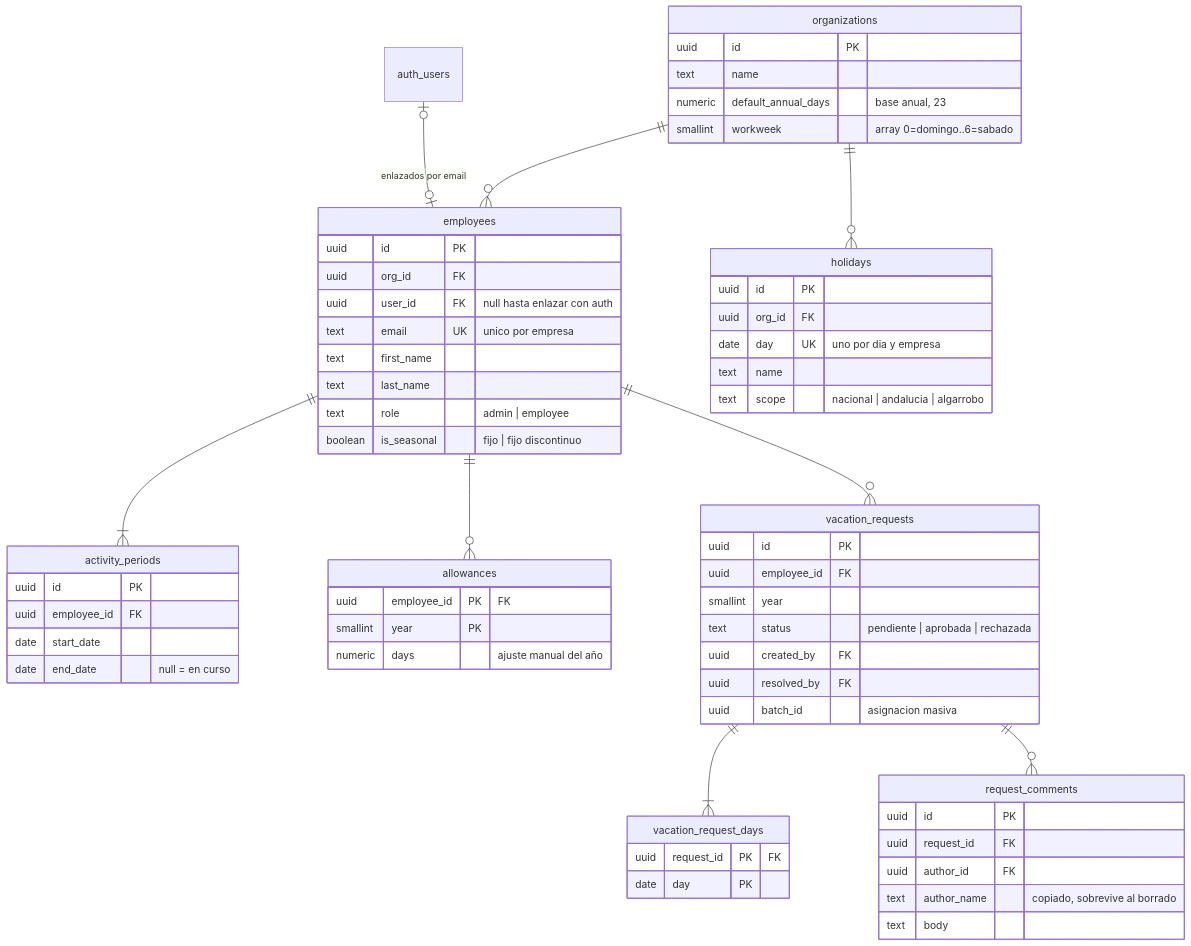
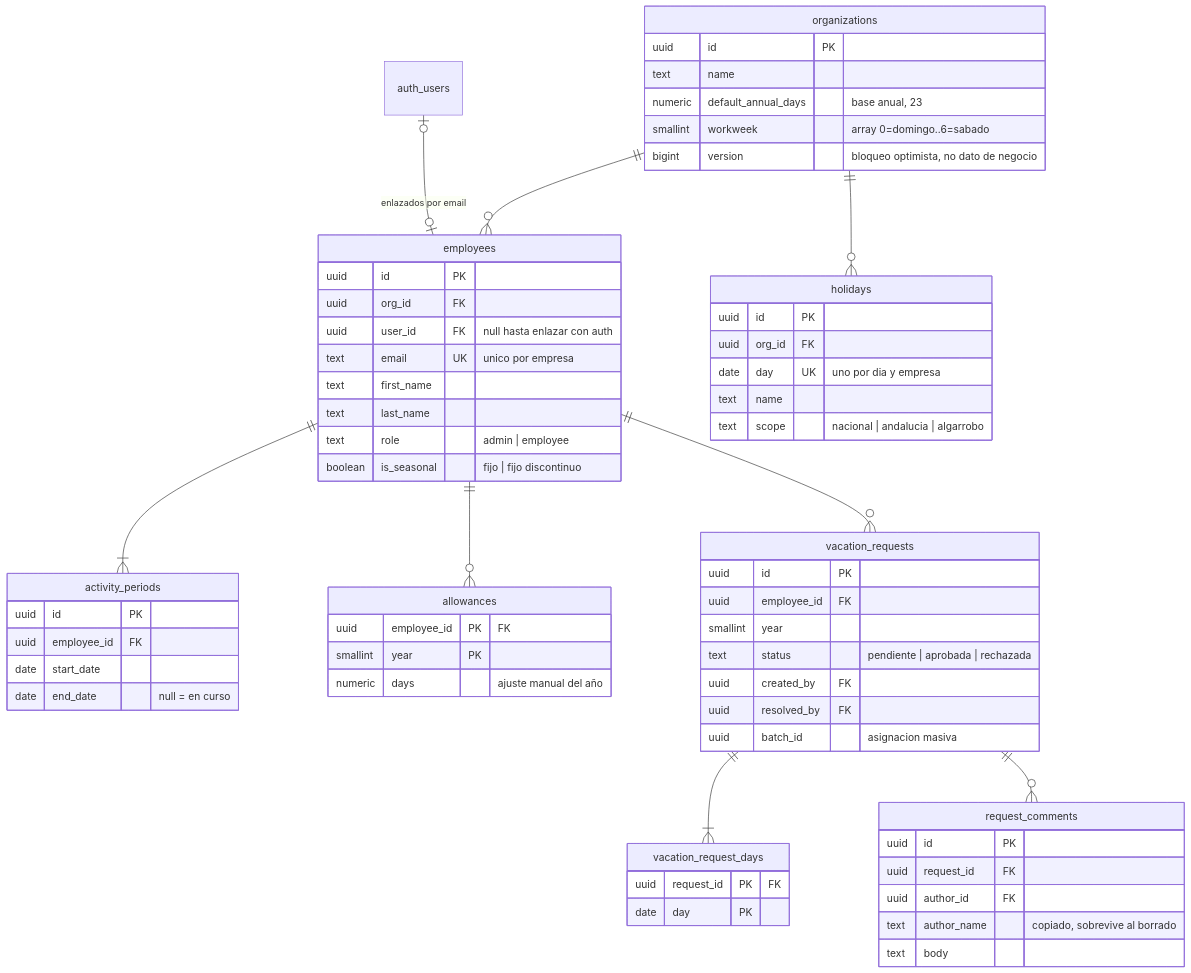
One commit to dierodfer/timeoff-manager changed the diagram in supabase/README.md. Above: the diagram before and after it, drawn with Mermaid. The commit also changed other lines of this file and 18 other files, not shown here.

````diff
--- a/supabase/README.md
+++ b/supabase/README.md
@@ -15,66 +15,67 @@
 ```mermaid
 erDiagram
     auth_users |o--o| employees : "enlazados por email"
     organizations ||--o{ employees : ""
     organizations ||--o{ holidays : ""
     employees ||--|{ activity_periods : ""
     employees ||--o{ allowances : ""
     employees ||--o{ vacation_requests : ""
     vacation_requests ||--|{ vacation_request_days : ""
     vacation_requests ||--o{ request_comments : ""
 
     organizations {
         uuid id PK
         text name
         numeric default_annual_days "base anual, 23"
         smallint workweek "array 0=domingo..6=sabado"
+        bigint version "bloqueo optimista, no dato de negocio"
     }
     employees {
         uuid id PK
         uuid org_id FK
         uuid user_id FK "null hasta enlazar con auth"
         text email UK "unico por empresa"
         text first_name
         text last_name
         text role "admin | employee"
         boolean is_seasonal "fijo | fijo discontinuo"
     }
     activity_periods {
         uuid id PK
         uuid employee_id FK
         date start_date
         date end_date "null = en curso"
     }
     holidays {
         uuid id PK
         uuid org_id FK
         date day UK "uno por dia y empresa"
         text name
         text scope "nacional | andalucia | algarrobo"
     }
     allowances {
         uuid employee_id PK "FK"
         smallint year PK
         numeric days "ajuste manual del año"
     }
     vacation_requests {
         uuid id PK
         uuid employee_id FK
         smallint year
         text status "pendiente | aprobada | rechazada"
         uuid created_by FK
         uuid resolved_by FK
         uuid batch_id "asignacion masiva"
     }
     vacation_request_days {
         uuid request_id PK "FK"
         date day PK
     }
     request_comments {
         uuid id PK
         uuid request_id FK
         uuid author_id FK
         text author_name "copiado, sobrevive al borrado"
         text body
     }
 ```
````
